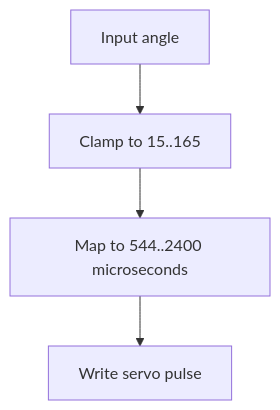
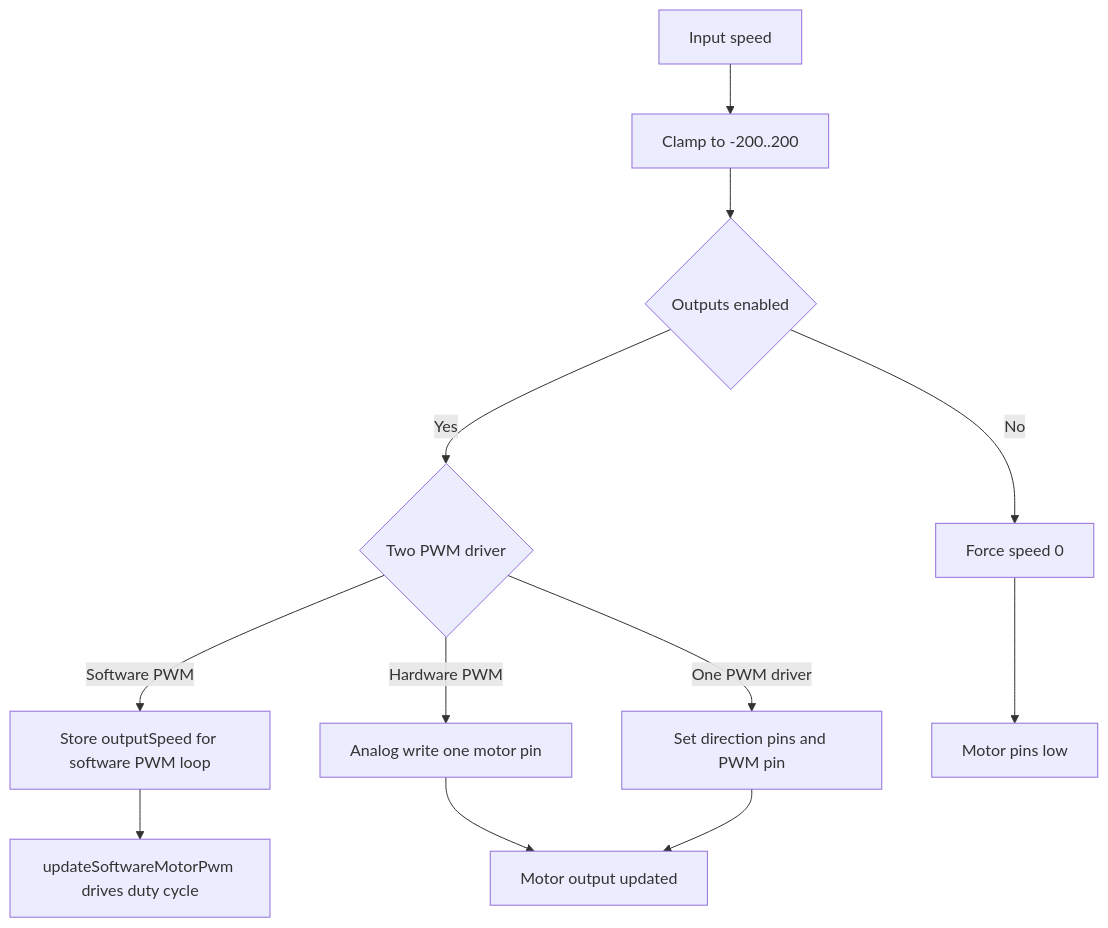
The seventh of 8 diagrams in README.md (berkemutluu/Flame-WRO-FE), drawn with Mermaid before and after one commit. The commit also changed other lines of this file, not shown here.

````diff
--- a/README.md
+++ b/README.md
@@ -933,6 +992,14 @@
-```mermaid
-flowchart TD
-    A[Input angle] --> B[Clamp to 15..165]
-    B --> C[Map to 544..2400 microseconds]
-    C --> D[Write servo pulse]
-```
+```mermaid  
+flowchart TD  
+    A[Input speed] --> B[Clamp to -200..200]  
+    B --> C{Outputs enabled}  
+    C -- No --> D[Force speed 0]  
+    C -- Yes --> E{Two PWM driver}  
+    E -- Software PWM --> F[Store outputSpeed for software PWM loop]  
+    E -- Hardware PWM --> G[Analog write one motor pin]  
+    E -- One PWM driver --> H[Set direction pins and PWM pin]  
+    D --> I[Motor pins low]  
+    F --> J[updateSoftwareMotorPwm drives duty cycle]  
+    G --> K[Motor output updated]  
+    H --> K  
+```  
````
